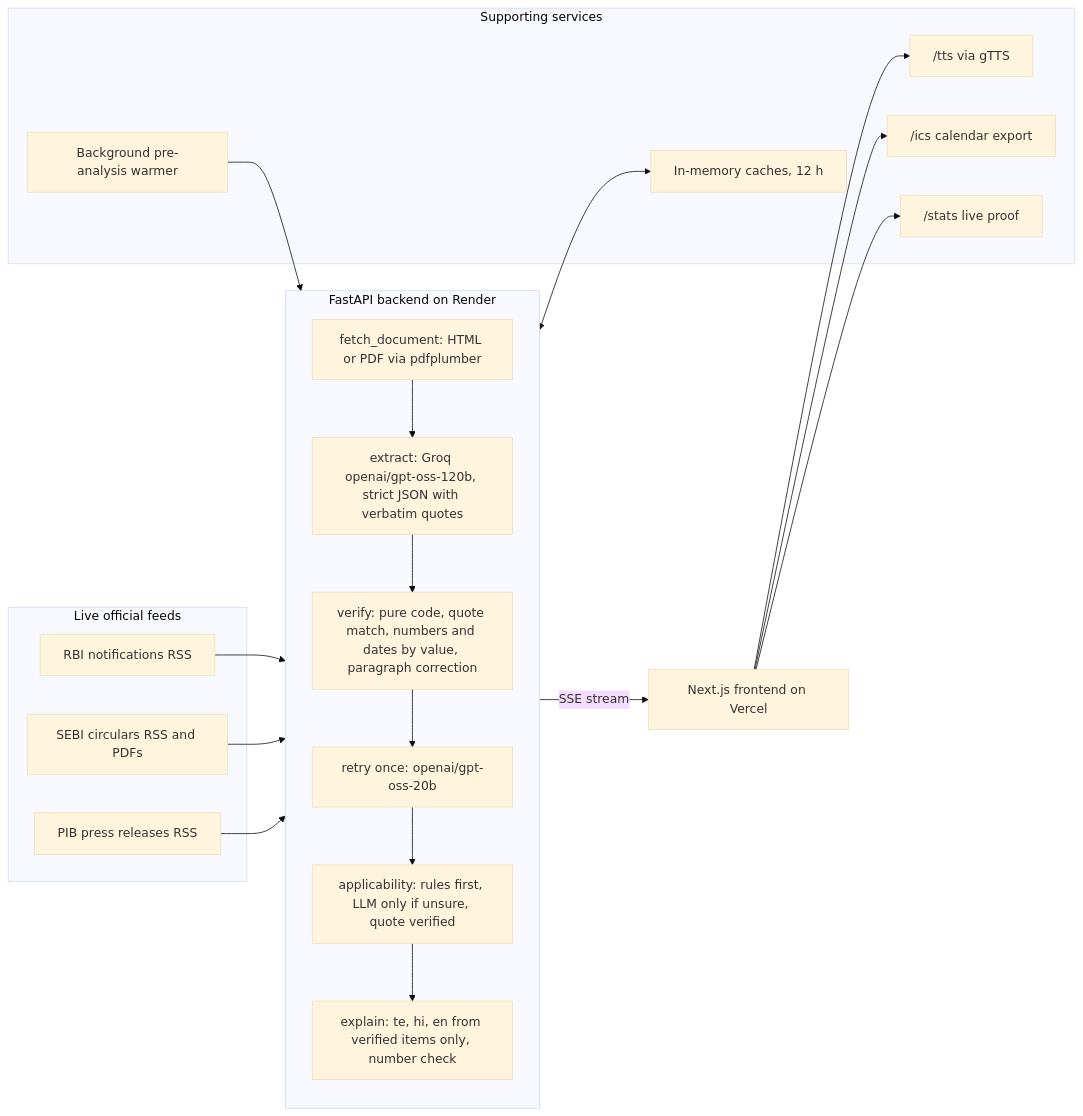
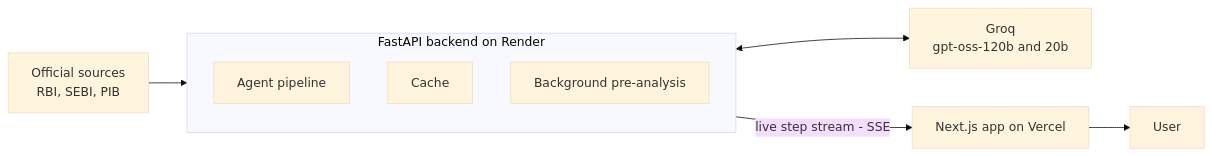
The third of 3 diagrams in README.md (akshaykumarkorepu/pramaan), drawn with Mermaid (base theme) before and after one commit. The commit also changed other lines of this file, not shown here.

````diff
--- a/README.md
+++ b/README.md
@@ -71,39 +80,12 @@
 ```mermaid
 flowchart LR
-    subgraph SRC["Live official feeds"]
-        RBI["RBI notifications RSS"]
-        SEBI["SEBI circulars RSS and PDFs"]
-        PIB["PIB press releases RSS"]
+    SRC["Official sources<br/>RBI, SEBI, PIB"] --> API
+    subgraph API["FastAPI backend on Render"]
+        P["Agent pipeline"]
+        C["Cache"]
+        W["Background pre-analysis"]
     end
-
-    subgraph API["FastAPI backend on Render"]
-        direction TB
-        F["fetch_document: HTML or PDF via pdfplumber"]
-        E["extract: Groq openai/gpt-oss-120b, strict JSON with verbatim quotes"]
-        V["verify: pure code, quote match, numbers and dates by value, paragraph correction"]
-        R["retry once: openai/gpt-oss-20b"]
-        A["applicability: rules first, LLM only if unsure, quote verified"]
-        X["explain: te, hi, en from verified items only, number check"]
-        F --> E --> V --> R --> A --> X
-    end
-
-    subgraph SIDE["Supporting services"]
-        C["In-memory caches, 12 h"]
-        W["Background pre-analysis warmer"]
-        T["/tts via gTTS"]
-        I["/ics calendar export"]
-        S["/stats live proof"]
-    end
-
-    UI["Next.js frontend on Vercel"]
-
-    RBI --> F
-    SEBI --> F
-    PIB --> F
-    X -->|"SSE stream"| UI
-    API <--> C
-    W --> API
-    UI --> T
-    UI --> I
-    UI --> S
+    API <--> G["Groq<br/>gpt-oss-120b and 20b"]
+    API -->|"live step stream - SSE"| FE["Next.js app on Vercel"]
+    FE --> U["User"]
 ```
````
